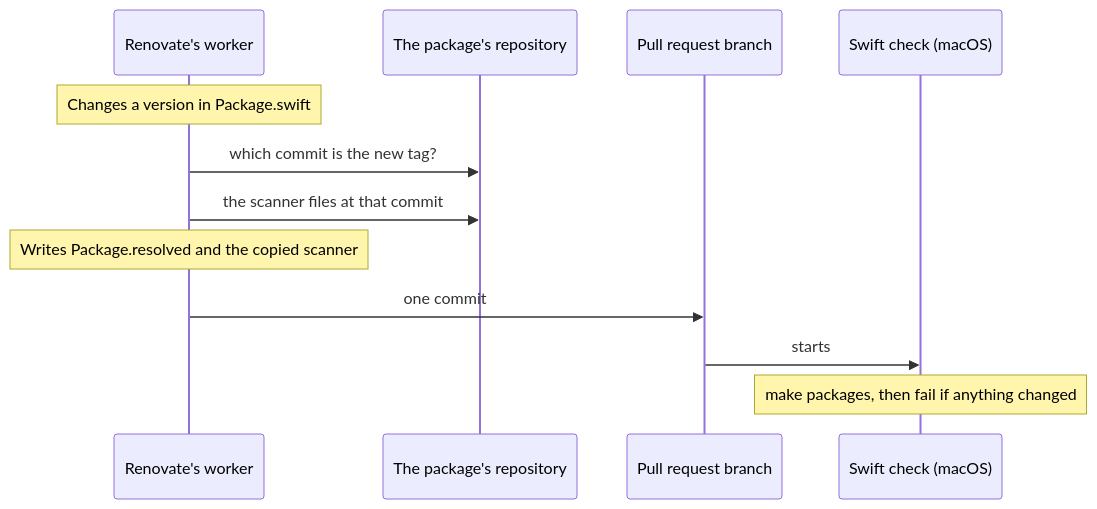
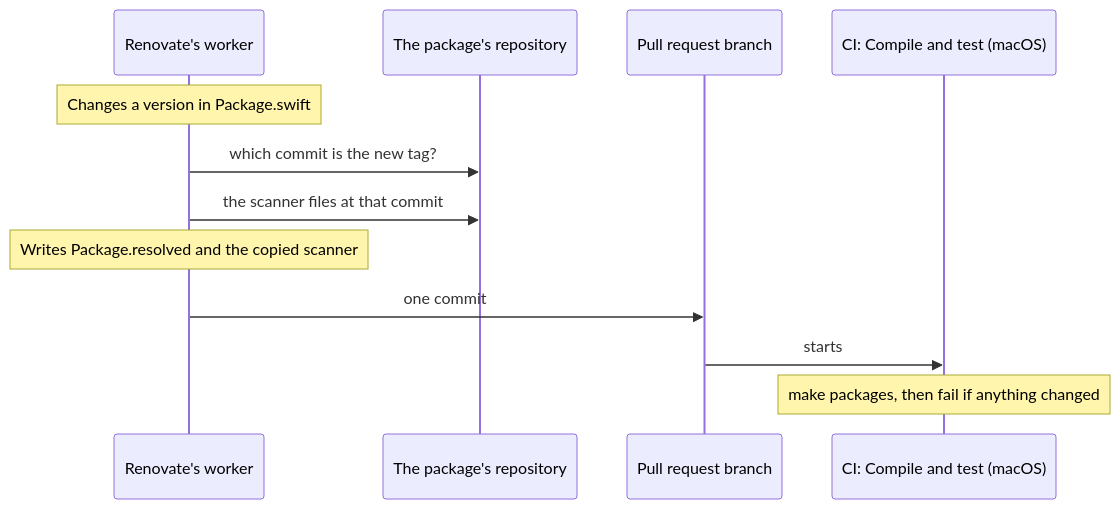
The second of 4 diagrams in plans/build-system.md (bojanrajkovic/hermes), drawn with Mermaid before and after one commit. The commit also changed other lines of this file and 7 other files, not shown here.

````diff
--- a/plans/build-system.md
+++ b/plans/build-system.md
@@ -111,14 +111,14 @@
 ```mermaid
 sequenceDiagram
     participant R as Renovate's worker
     participant G as The package's repository
     participant P as Pull request branch
-    participant C as Swift check (macOS)
+    participant C as CI: Compile and test (macOS)
     Note over R: Changes a version in Package.swift
     R->>G: which commit is the new tag?
     R->>G: the scanner files at that commit
     Note over R: Writes Package.resolved and the copied scanner
     R->>P: one commit
     P->>C: starts
     Note over C: make packages, then fail if anything changed
 ```
````
